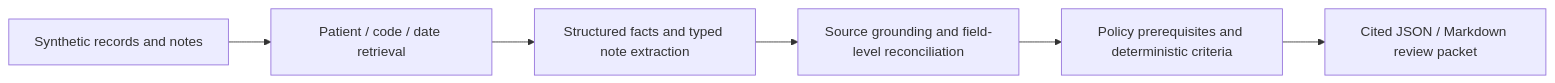
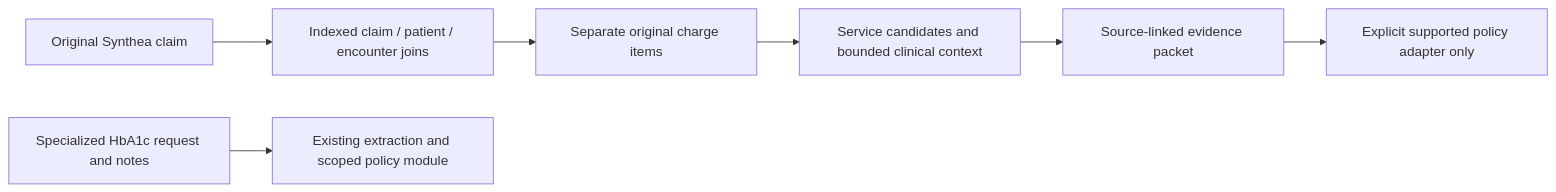
The diagram in README.md (The-Veridis-Lion/Clinical-Evidence-Engine), drawn with Mermaid before and after one commit. The commit also changed other lines of this file and 15 other files, not shown here.

Commit message:
Implement offline original-claim evidence engine and freeze patient split

````diff
--- a/README.md
+++ b/README.md
@@ -32,8 +42,9 @@
 ```mermaid
 flowchart LR
-    A[Synthetic records and notes] --> B[Patient / code / date retrieval]
-    B --> C[Structured facts and typed note extraction]
-    C --> D[Source grounding and field-level reconciliation]
-    D --> E[Policy prerequisites and deterministic criteria]
-    E --> F[Cited JSON / Markdown review packet]
+    A[Original Synthea claim] --> B[Indexed claim / patient / encounter joins]
+    B --> C[Separate original charge items]
+    C --> D[Service candidates and bounded clinical context]
+    D --> E[Source-linked evidence packet]
+    E --> F[Explicit supported policy adapter only]
+    G[Specialized HbA1c request and notes] --> H[Existing extraction and scoped policy module]
 ```
````
